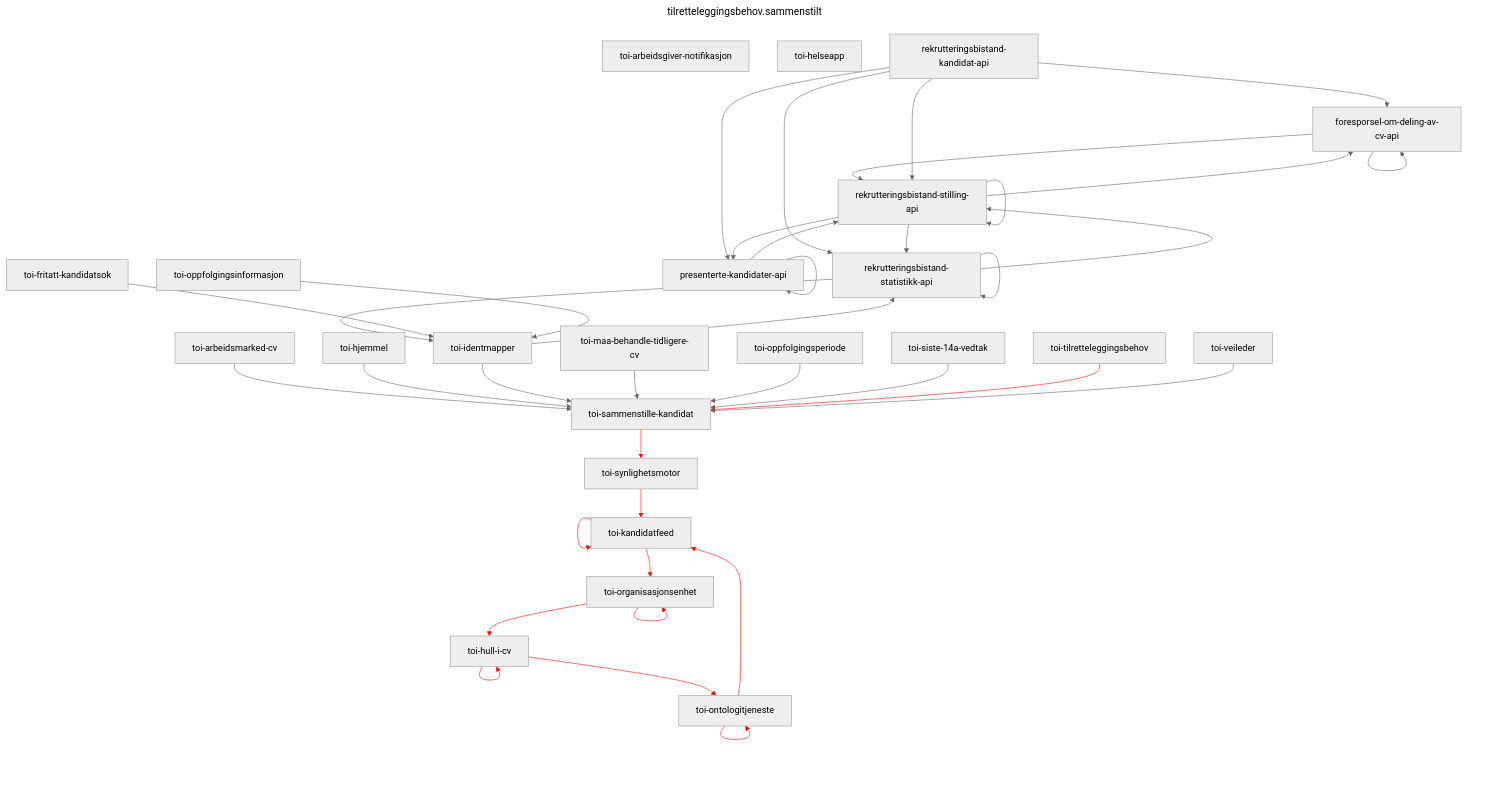
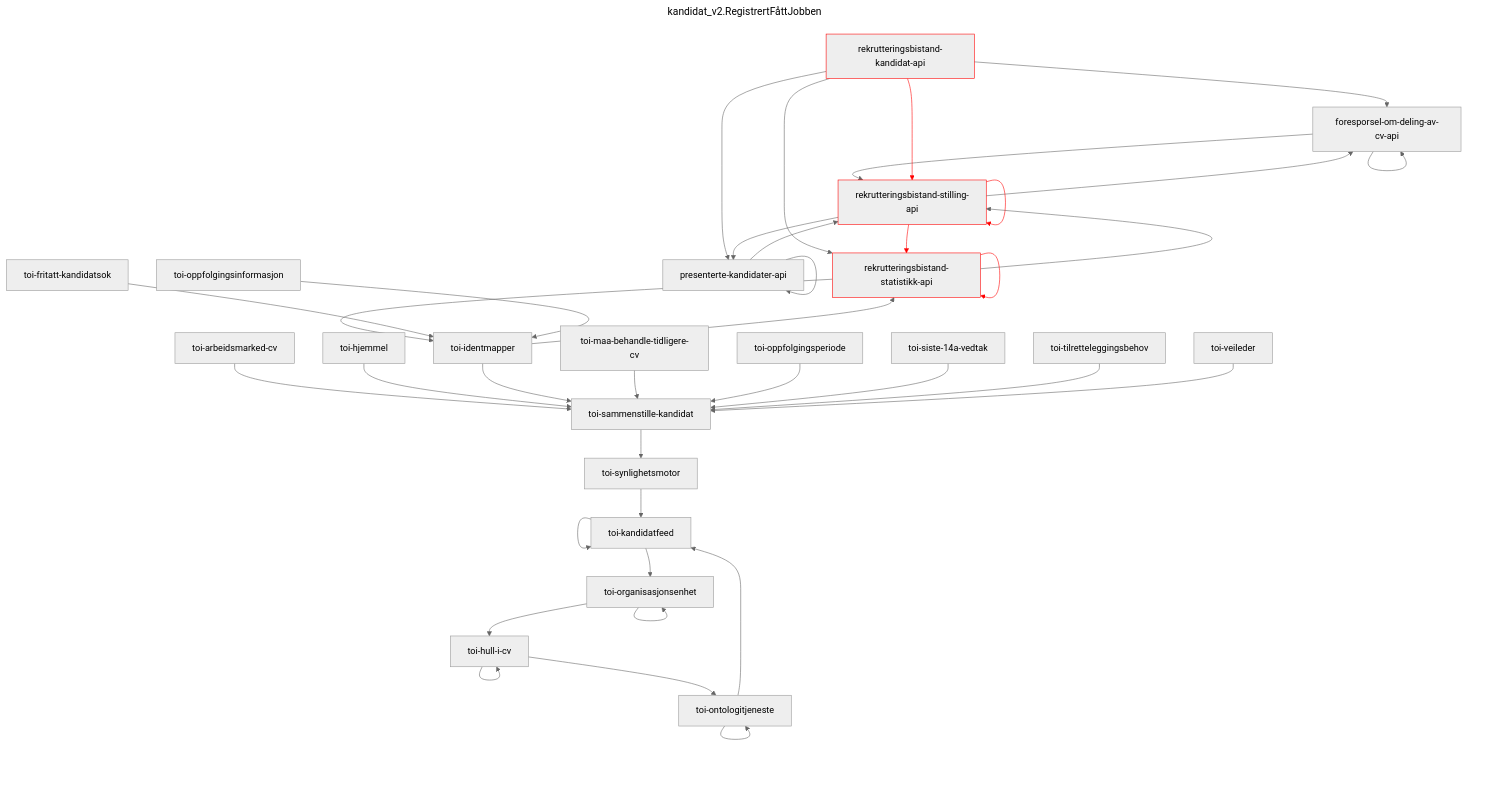
Diagram 12 of 34 in README.md (navikt/toi-rapids-and-rivers-grapher), drawn with Mermaid (neutral theme) before and after one commit. The commit also changed other lines of this file, not shown here.

````diff
--- a/README.md
+++ b/README.md
@@ -550,56 +491,45 @@
 ```mermaid
 ---
-title: tilretteleggingsbehov.sammenstilt
+title: kandidat_v2.RegistrertFåttJobben
 ---
 graph TD;
-toi-arbeidsgiver-notifikasjon;
-toi-helseapp;
 foresporsel-om-deling-av-cv-api --> foresporsel-om-deling-av-cv-api;
 foresporsel-om-deling-av-cv-api --> rekrutteringsbistand-stilling-api;
 presenterte-kandidater-api --> presenterte-kandidater-api;
 presenterte-kandidater-api --> rekrutteringsbistand-stilling-api;
 rekrutteringsbistand-kandidat-api --> foresporsel-om-deling-av-cv-api;
 rekrutteringsbistand-kandidat-api --> presenterte-kandidater-api;
 rekrutteringsbistand-kandidat-api --> rekrutteringsbistand-statistikk-api;
-rekrutteringsbistand-kandidat-api --> rekrutteringsbistand-stilling-api;
-rekrutteringsbistand-statistikk-api --> rekrutteringsbistand-statistikk-api;
+rekrutteringsbistand-kandidat-api:::x --> rekrutteringsbistand-stilling-api:::x;
+rekrutteringsbistand-statistikk-api:::x --> rekrutteringsbistand-statistikk-api:::x;
 rekrutteringsbistand-statistikk-api --> rekrutteringsbistand-stilling-api;
 rekrutteringsbistand-statistikk-api --> toi-identmapper;
 rekrutteringsbistand-stilling-api --> foresporsel-om-deling-av-cv-api;
 rekrutteringsbistand-stilling-api --> presenterte-kandidater-api;
-rekrutteringsbistand-stilling-api --> rekrutteringsbistand-statistikk-api;
-rekrutteringsbistand-stilling-api --> rekrutteringsbistand-stilling-api;
+rekrutteringsbistand-stilling-api:::x --> rekrutteringsbistand-statistikk-api:::x;
+rekrutteringsbistand-stilling-api:::x --> rekrutteringsbistand-stilling-api:::x;
 toi-arbeidsmarked-cv --> toi-sammenstille-kandidat;
 toi-fritatt-kandidatsok --> toi-identmapper;
 toi-hjemmel --> toi-sammenstille-kandidat;
 toi-hull-i-cv --> toi-hull-i-cv;
 toi-hull-i-cv --> toi-ontologitjeneste;
 toi-identmapper --> rekrutteringsbistand-statistikk-api;
 toi-identmapper --> toi-sammenstille-kandidat;
 toi-kandidatfeed --> toi-kandidatfeed;
 toi-kandidatfeed --> toi-organisasjonsenhet;
 toi-maa-behandle-tidligere-cv --> toi-sammenstille-kandidat;
 toi-ontologitjeneste --> toi-kandidatfeed;
 toi-ontologitjeneste --> toi-ontologitjeneste;
 toi-oppfolgingsinformasjon --> toi-identmapper;
 toi-oppfolgingsperiode --> toi-sammenstille-kandidat;
 toi-organisasjonsenhet --> toi-hull-i-cv;
 toi-organisasjonsenhet --> toi-organisasjonsenhet;
 toi-sammenstille-kandidat --> toi-synlighetsmotor;
 toi-siste-14a-vedtak --> toi-sammenstille-kandidat;
 toi-synlighetsmotor --> toi-kandidatfeed;
 toi-tilretteleggingsbehov --> toi-sammenstille-kandidat;
 toi-veileder --> toi-sammenstille-kandidat;
 
-linkStyle 18 stroke:red;
-linkStyle 19 stroke:red;
-linkStyle 22 stroke:red;
-linkStyle 23 stroke:red;
-linkStyle 25 stroke:red;
-linkStyle 26 stroke:red;
-linkStyle 29 stroke:red;
-linkStyle 30 stroke:red;
-linkStyle 31 stroke:red;
-linkStyle 33 stroke:red;
-linkStyle 34 stroke:red;
+linkStyle 7,8,13,14 stroke:red;
+classDef x stroke: red;
 ```
````
